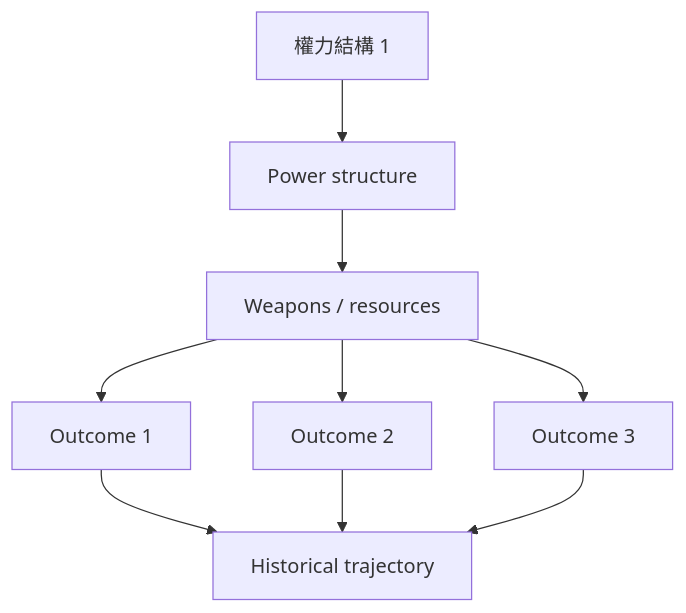
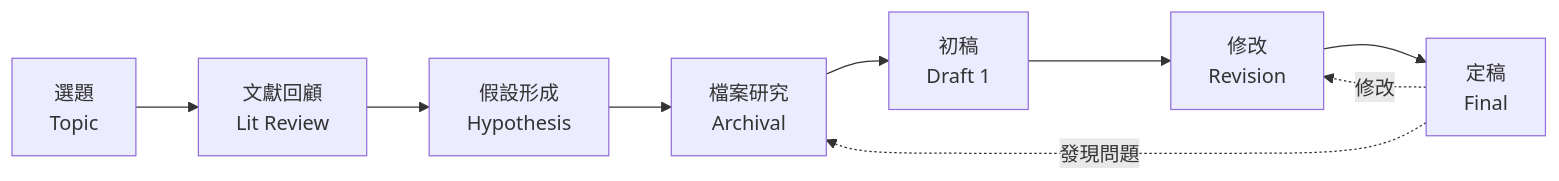
Before and after one commit to yip-lgtm/HKU-Harvard-History-Self-Study: the first of 10 diagrams in 01_HKU_Courses/HIST4023_History_Research_Project.md, drawn with Mermaid. The commit also changed other lines of this file and 65 other files, not shown here.

````diff
--- a/01_HKU_Courses/HIST4023_History_Research_Project.md
+++ b/01_HKU_Courses/HIST4023_History_Research_Project.md
@@ -107,11 +127,11 @@
 ```mermaid
-graph TD
-    A[權力結構 1] --> B[Power structure]
-    B --> C[Weapons / resources]
-    C --> D[Outcome 1]
-    C --> E[Outcome 2]
-    C --> F[Outcome 3]
-    D --> G[Historical trajectory]
-    E --> G
-    F --> G
+flowchart LR
+    A[選題<br/>Topic] --> B[文獻回顧<br/>Lit Review]
+    B --> C[假設形成<br/>Hypothesis]
+    C --> D[檔案研究<br/>Archival]
+    D --> E[初稿<br/>Draft 1]
+    E --> F[修改<br/>Revision]
+    F --> G[定稿<br/>Final]
+    G -.->|發現問題| D
+    G -.->|修改| F
 ```
````
